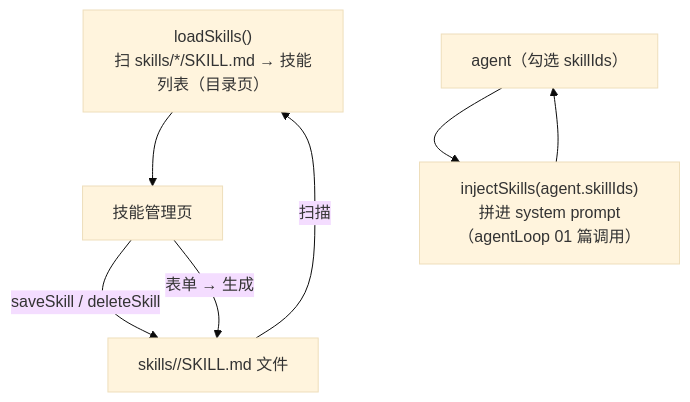
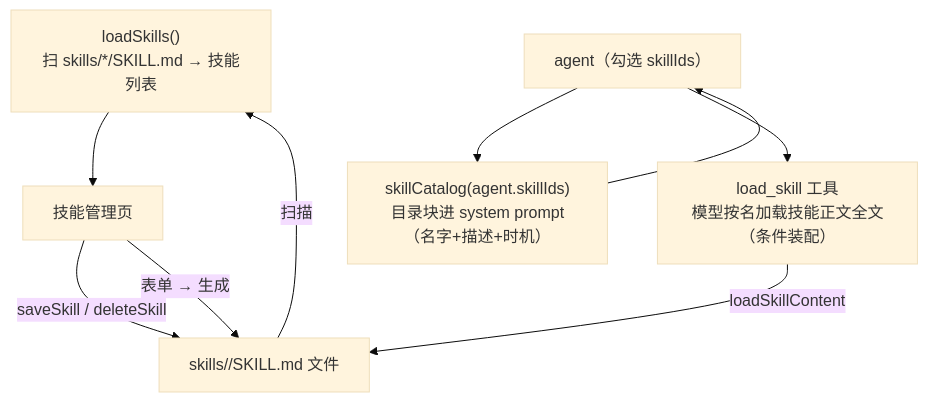
One commit to Syotick/nova-agent changed the diagram in docs/guide/04-skills.md. Above: the diagram before and after it, drawn with Mermaid (base theme). The commit also changed other lines of this file and 13 other files, not shown here.

First line of the commit message:
feat(skills): 技能按需加载——目录进 system + load_skill 工具取全文（对齐 DSH/Agent Skills）

````diff
--- a/docs/guide/04-skills.md
+++ b/docs/guide/04-skills.md
@@ -27,9 +29,11 @@
 ```mermaid
 flowchart TD
-  LOAD["loadSkills()<br/>扫 skills/*/SKILL.md → 技能列表（目录页）"] --> UI["技能管理页"]
+  LOAD["loadSkills()<br/>扫 skills/*/SKILL.md → 技能列表"] --> UI["技能管理页"]
   UI -->|saveSkill / deleteSkill| FILE["skills/<id>/SKILL.md 文件"]
   FILE -->|扫描| LOAD
-  AGENT["agent（勾选 skillIds）"] --> INJ["injectSkills(agent.skillIds)<br/>拼进 system prompt（agentLoop 01 篇调用）"]
-  INJ --> AGENT
+  AGENT["agent（勾选 skillIds）"] --> CAT["skillCatalog(agent.skillIds)<br/>目录块进 system prompt（名字+描述+时机）"]
+  AGENT --> TOOL["load_skill 工具<br/>模型按名加载技能正文全文（条件装配）"]
+  TOOL -->|loadSkillContent| FILE
+  CAT --> AGENT
   UI -->|表单 → 生成| FILE
 ```
````
